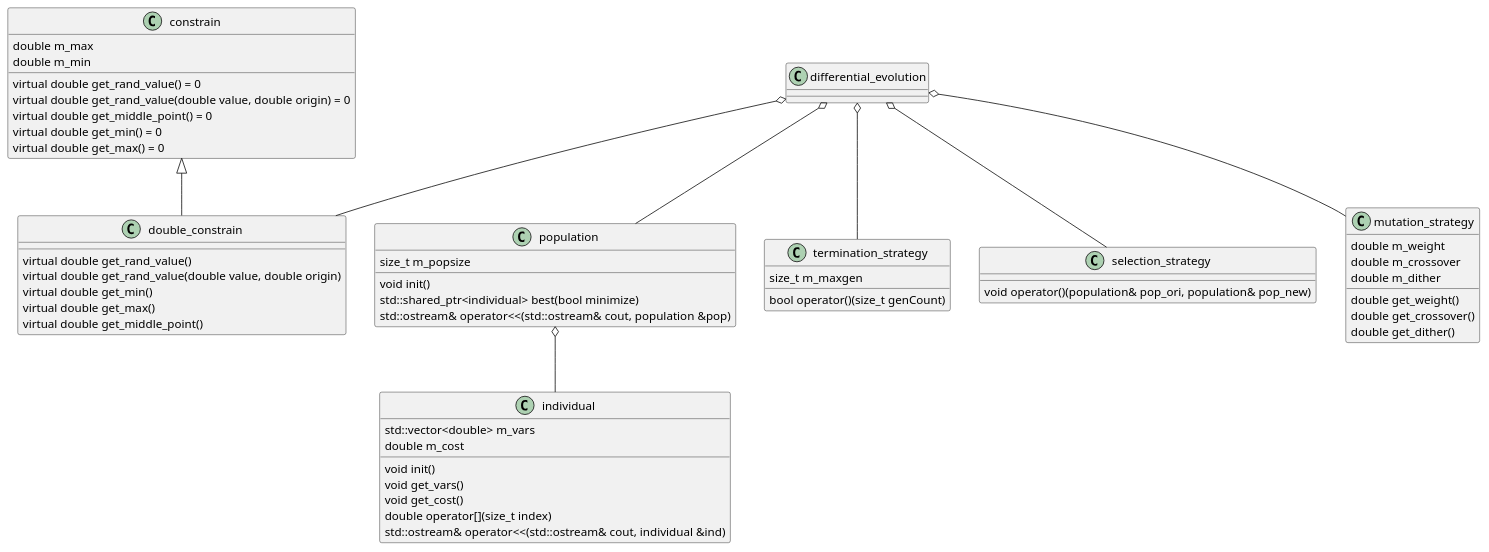
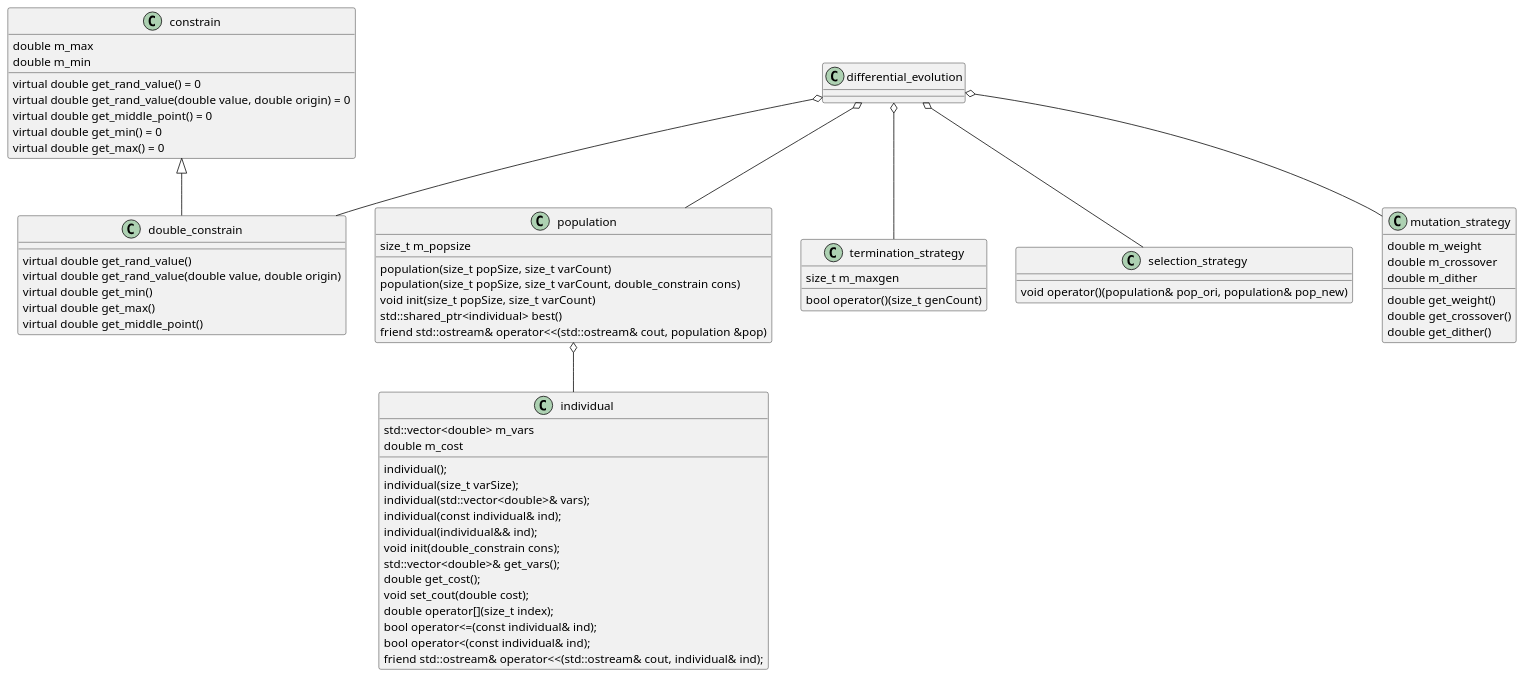
Before and after one commit to JR-Rong/BH-CapstoneProject: the diagram in de_class.puml, drawn with PlantUML. The commit also changed 4 other files, not shown here.

```diff
--- a/de_class.puml
+++ b/de_class.puml
@@ -1,73 +1,84 @@
 @startuml de_class
 class differential_evolution
 class constrain
 class double_constrain
 class population
 class individual
 class termination_strategy
 class selection_strategy
 class mutation_strategy
 
 
 constrain : double m_max
 constrain : double m_min
 
 constrain : virtual double get_rand_value() = 0
 constrain : virtual double get_rand_value(double value, double origin) = 0
 constrain : virtual double get_middle_point() = 0
 constrain : virtual double get_min() = 0
 constrain : virtual double get_max() = 0
 
 
 double_constrain : virtual double get_rand_value()
 double_constrain : virtual double get_rand_value(double value, double origin)
 double_constrain : virtual double get_min()
 double_constrain : virtual double get_max()
 double_constrain : virtual double get_middle_point()
 
 
 population : size_t m_popsize
 
-population : void init()
-population : std::shared_ptr<individual> best(bool minimize)
-population : std::ostream& operator<<(std::ostream& cout, population &pop)
+population : population(size_t popSize, size_t varCount)
+population : population(size_t popSize, size_t varCount, double_constrain cons)
+
+population : void init(size_t popSize, size_t varCount)
+population : std::shared_ptr<individual> best()
+population : friend std::ostream& operator<<(std::ostream& cout, population &pop)
 
 
 mutation_strategy : double m_weight 
 mutation_strategy : double m_crossover
 mutation_strategy : double m_dither
 
 mutation_strategy : double get_weight()
 mutation_strategy : double get_crossover()
 mutation_strategy : double get_dither()
 
 
 individual : std::vector<double> m_vars
 individual : double m_cost
 
-individual : void init()
-individual : void get_vars()
-individual : void get_cost()
-individual : double operator[](size_t index)
-individual : std::ostream& operator<<(std::ostream& cout, individual &ind)
+individual : individual();
+individual : individual(size_t varSize);
+individual : individual(std::vector<double>& vars);
+individual : individual(const individual& ind);
+individual : individual(individual&& ind);
+individual : void init(double_constrain cons);
+individual : std::vector<double>& get_vars();
+individual : double get_cost();
+individual : void set_cout(double cost);
+individual : double operator[](size_t index);
+individual : bool operator<=(const individual& ind);
+individual : bool operator<(const individual& ind);
+individual : friend std::ostream& operator<<(std::ostream& cout, individual& ind);
 
 
 termination_strategy : size_t m_maxgen
 
 termination_strategy : bool operator()(size_t genCount)
 
 
 selection_strategy : void operator()(population& pop_ori, population& pop_new)
 
 
 constrain <|-- double_constrain
 
 population o-- individual
 
 differential_evolution o-- double_constrain
 differential_evolution o-- population
 differential_evolution o-- termination_strategy
 differential_evolution o-- selection_strategy
 differential_evolution o-- mutation_strategy
 
 @enduml
```
